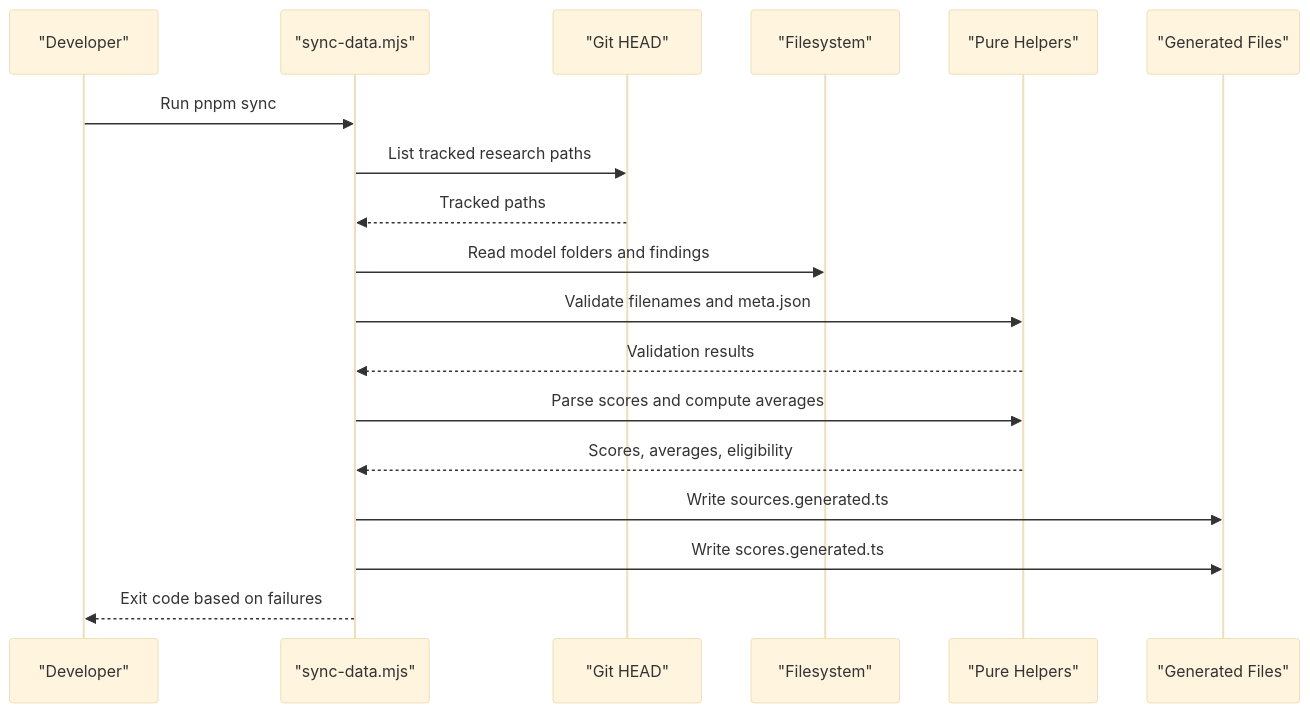
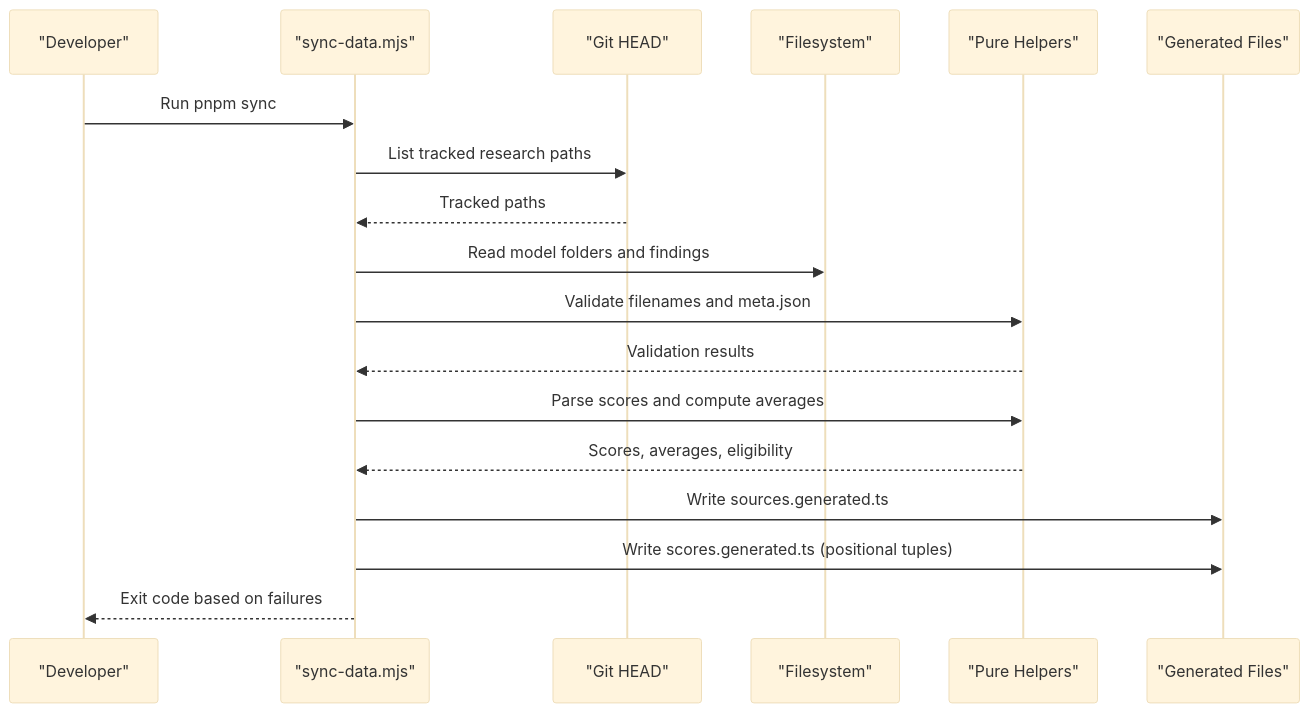
The third of 9 diagrams in .qoder/repowiki/en/content/Data Management System/Data Synchronization Pipeline/Data Synchronization Pipeline.md (delirium-dj/modelcomp), drawn with Mermaid (base theme) before and after one commit. The commit also changed other lines of this file and 72 other files, not shown here.

````diff
--- a/.qoder/repowiki/en/content/Data Management System/Data Synchronization Pipeline/Data Synchronization Pipeline.md
+++ b/.qoder/repowiki/en/content/Data Management System/Data Synchronization Pipeline/Data Synchronization Pipeline.md
@@ -151,20 +181,20 @@
 ```mermaid
 sequenceDiagram
 participant Dev as "Developer"
 participant Sync as "sync-data.mjs"
 participant Git as "Git HEAD"
 participant FS as "Filesystem"
 participant Lib as "Pure Helpers"
 participant Gen as "Generated Files"
 Dev->>Sync : Run pnpm sync
 Sync->>Git : List tracked research paths
 Git-->>Sync : Tracked paths
 Sync->>FS : Read model folders and findings
 Sync->>Lib : Validate filenames and meta.json
 Lib-->>Sync : Validation results
 Sync->>Lib : Parse scores and compute averages
 Lib-->>Sync : Scores, averages, eligibility
 Sync->>Gen : Write sources.generated.ts
-Sync->>Gen : Write scores.generated.ts
+Sync->>Gen : Write scores.generated.ts (positional tuples)
 Sync-->>Dev : Exit code based on failures
 ```
````
